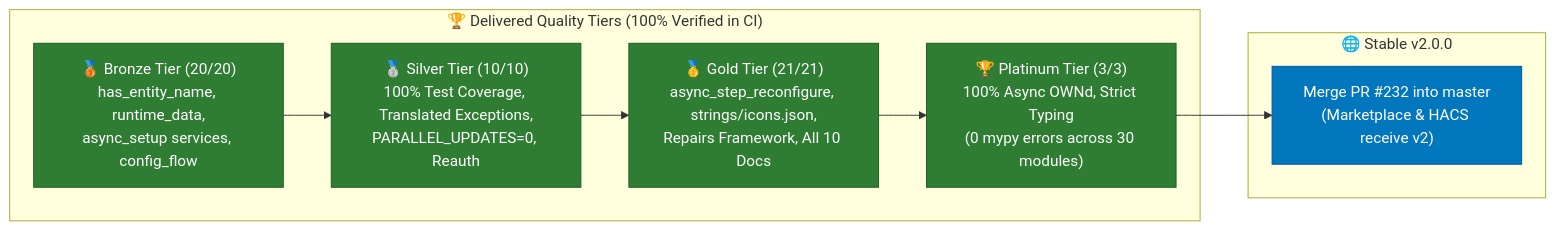
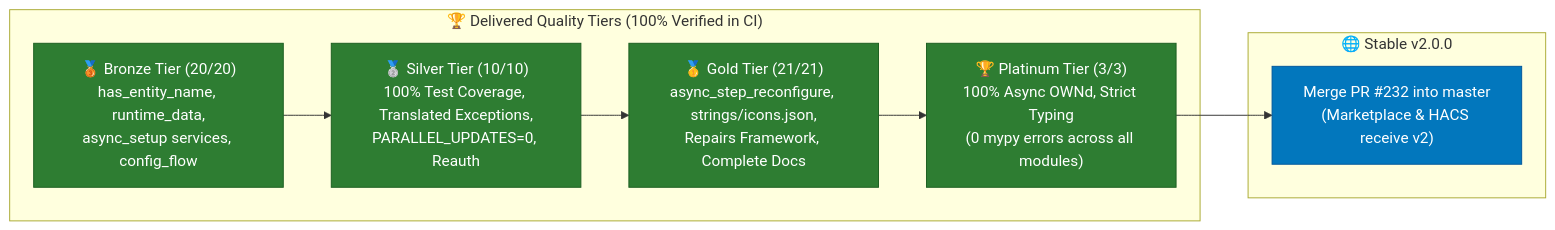
Before and after one commit to OpenWebNet-HA/MyHOME: the second of 3 diagrams in ROADMAP.md, drawn with Mermaid. The commit also changed other lines of this file and 96 other files, not shown here.

````diff
--- a/ROADMAP.md
+++ b/ROADMAP.md
@@ -174,20 +177,20 @@
 ```mermaid
 graph LR
     subgraph DeliveredTiers["🏆 Delivered Quality Tiers (100% Verified in CI)"]
         B["🥉 Bronze Tier (20/20)<br/>has_entity_name, runtime_data,<br/>async_setup services, config_flow"]
         S["🥈 Silver Tier (10/10)<br/>100% Test Coverage, Translated Exceptions,<br/>PARALLEL_UPDATES=0, Reauth"]
-        G["🥇 Gold Tier (21/21)<br/>async_step_reconfigure, strings/icons.json,<br/>Repairs Framework, All 10 Docs"]
-        P["🏆 Platinum Tier (3/3)<br/>100% Async OWNd, Strict Typing<br/>(0 mypy errors across 30 modules)"]
+        G["🥇 Gold Tier (21/21)<br/>async_step_reconfigure, strings/icons.json,<br/>Repairs Framework, Complete Docs"]
+        P["🏆 Platinum Tier (3/3)<br/>100% Async OWNd, Strict Typing<br/>(0 mypy errors across all modules)"]
         B --> S --> G --> P
     end
 
     subgraph Release["🌐 Stable v2.0.0"]
         U2["Merge PR #232 into master<br/>(Marketplace & HACS receive v2)"]
         P --> U2
     end
 
     classDef done fill:#2e7d32,stroke:#1b5e20,color:#ffffff;
     classDef pending fill:#0277bd,stroke:#01579b,color:#ffffff;
     class B,S,G,P done;
     class U2 pending;
 ```
````
